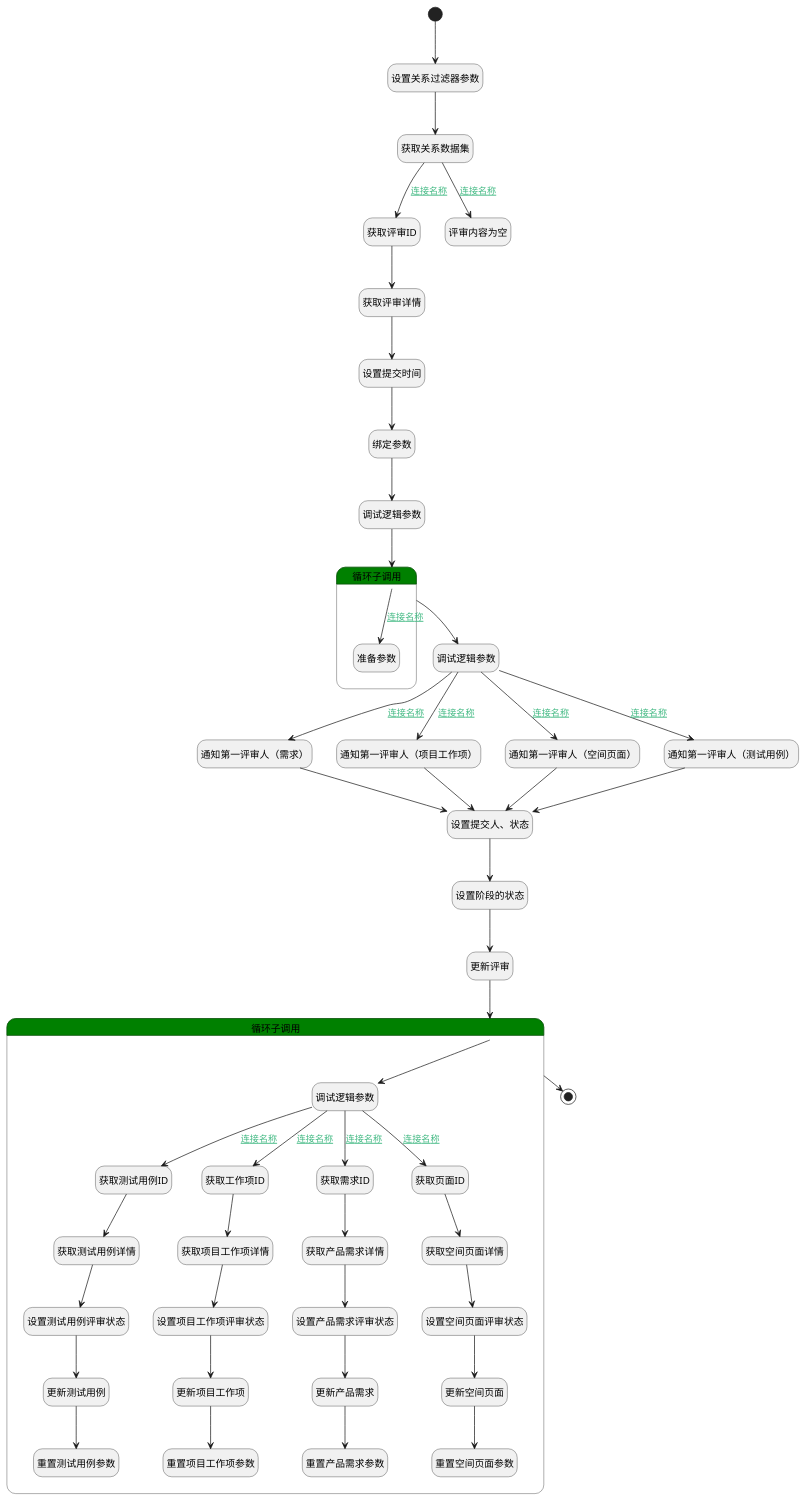
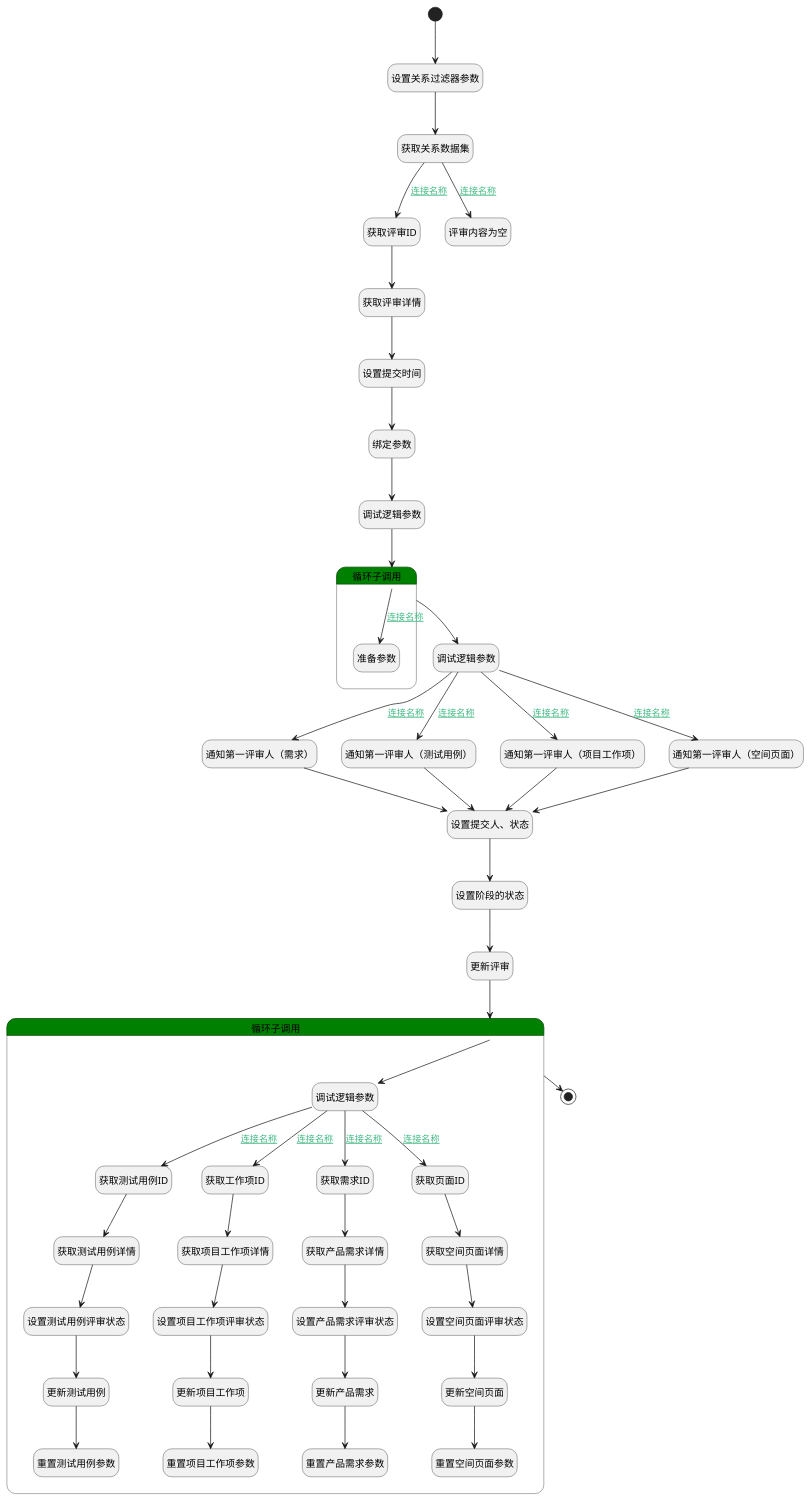
One commit to iBizLab/plm changed the diagram in doc/docsify/module/TestMgmt/review_content/logic/submit_review.md. Above: the diagram before and after it, drawn with PlantUML. The commit also changed other lines of this file and 1473 other files, not shown here.

```diff
--- a/doc/docsify/module/TestMgmt/review_content/logic/submit_review.md
+++ b/doc/docsify/module/TestMgmt/review_content/logic/submit_review.md
@@ -17,10 +17,11 @@
 state "开始" as Begin <<start>> [[$./submit_review#begin {"开始"}]]
 state "通知第一评审人（需求）" as DENOTIFY1  [[$./submit_review#denotify1 {"通知第一评审人（需求）"}]]
 state "获取评审详情" as DEACTION4  [[$./submit_review#deaction4 {"获取评审详情"}]]
+state "设置关系过滤器参数" as PREPAREPARAM3  [[$./submit_review#prepareparam3 {"设置关系过滤器参数"}]]
 state "设置提交时间" as RAWSFCODE1  [[$./submit_review#rawsfcode1 {"设置提交时间"}]]
 state "调试逻辑参数" as DEBUGPARAM3  [[$./submit_review#debugparam3 {"调试逻辑参数"}]]
+state "通知第一评审人（测试用例）" as DENOTIFY2  [[$./submit_review#denotify2 {"通知第一评审人（测试用例）"}]]
 state "设置提交人、状态" as PREPAREPARAM1  [[$./submit_review#prepareparam1 {"设置提交人、状态"}]]
-state "设置关系过滤器参数" as PREPAREPARAM3  [[$./submit_review#prepareparam3 {"设置关系过滤器参数"}]]
 state "通知第一评审人（项目工作项）" as DENOTIFY3  [[$./submit_review#denotify3 {"通知第一评审人（项目工作项）"}]]
 state "绑定参数" as BINDPARAM1  [[$./submit_review#bindparam1 {"绑定参数"}]]
 state "获取关系数据集" as DEDATASET1  [[$./submit_review#dedataset1 {"获取关系数据集"}]]
@@ -28,7 +29,6 @@
 state "获取评审ID" as PREPAREPARAM6  [[$./submit_review#prepareparam6 {"获取评审ID"}]]
 state "通知第一评审人（空间页面）" as DENOTIFY4  [[$./submit_review#denotify4 {"通知第一评审人（空间页面）"}]]
 state "调试逻辑参数" as DEBUGPARAM2  [[$./submit_review#debugparam2 {"调试逻辑参数"}]]
-state "通知第一评审人（测试用例）" as DENOTIFY2  [[$./submit_review#denotify2 {"通知第一评审人（测试用例）"}]]
 state "更新评审" as DEACTION1  [[$./submit_review#deaction1 {"更新评审"}]]
 state "评审内容为空" as THROWEXCEPTION1  [[$./submit_review#throwexception1 {"评审内容为空"}]]
 state "结束" as END1 <<end>> [[$./submit_review#end1 {"结束"}]]
```
